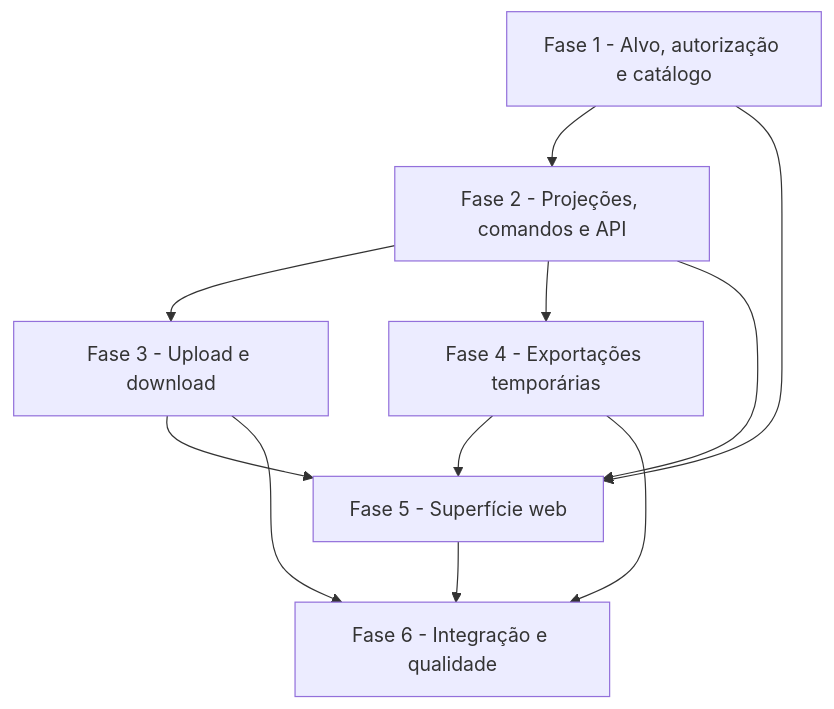
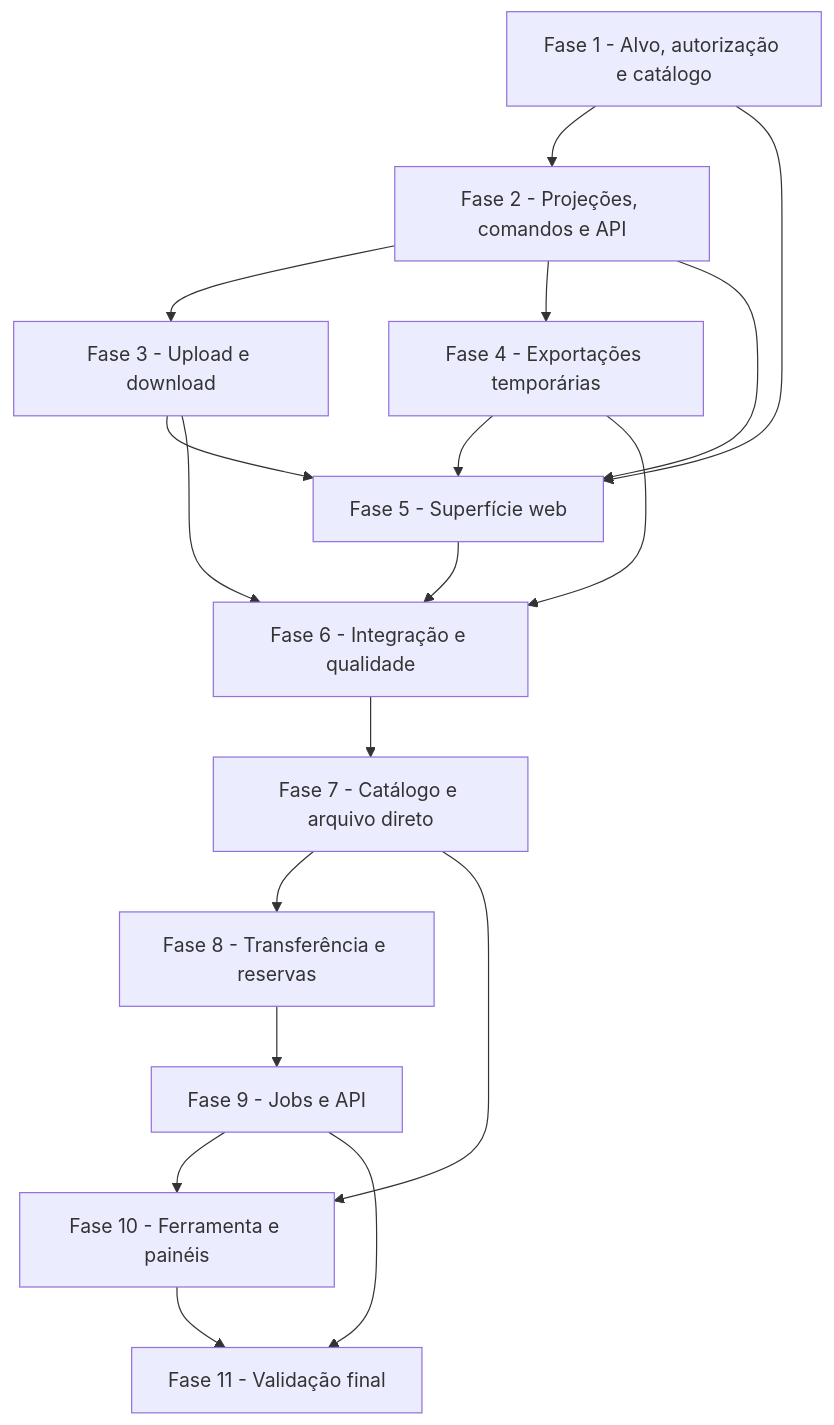
Before and after one commit to rodrigogml/rinosOne: the diagram in docs/specs/rinos-drive/tasks.md, drawn with Mermaid. The commit also changed other lines of this file and 275 other files, not shown here.

````diff
--- a/docs/specs/rinos-drive/tasks.md
+++ b/docs/specs/rinos-drive/tasks.md
@@ -153,20 +266,32 @@
 ```mermaid
 flowchart TD
     F1[Fase 1 - Alvo, autorização e catálogo]
     F2[Fase 2 - Projeções, comandos e API]
     F3[Fase 3 - Upload e download]
     F4[Fase 4 - Exportações temporárias]
     F5[Fase 5 - Superfície web]
     F6[Fase 6 - Integração e qualidade]
+    F7[Fase 7 - Catálogo e arquivo direto]
+    F8[Fase 8 - Transferência e reservas]
+    F9[Fase 9 - Jobs e API]
+    F10[Fase 10 - Ferramenta e painéis]
+    F11[Fase 11 - Validação final]
 
     F1 --> F2
     F1 --> F5
     F2 --> F3
     F2 --> F4
     F2 --> F5
     F3 --> F5
     F4 --> F5
     F3 --> F6
     F4 --> F6
     F5 --> F6
+    F6 --> F7
+    F7 --> F8
+    F8 --> F9
+    F7 --> F10
+    F9 --> F10
+    F9 --> F11
+    F10 --> F11
 ```
````
